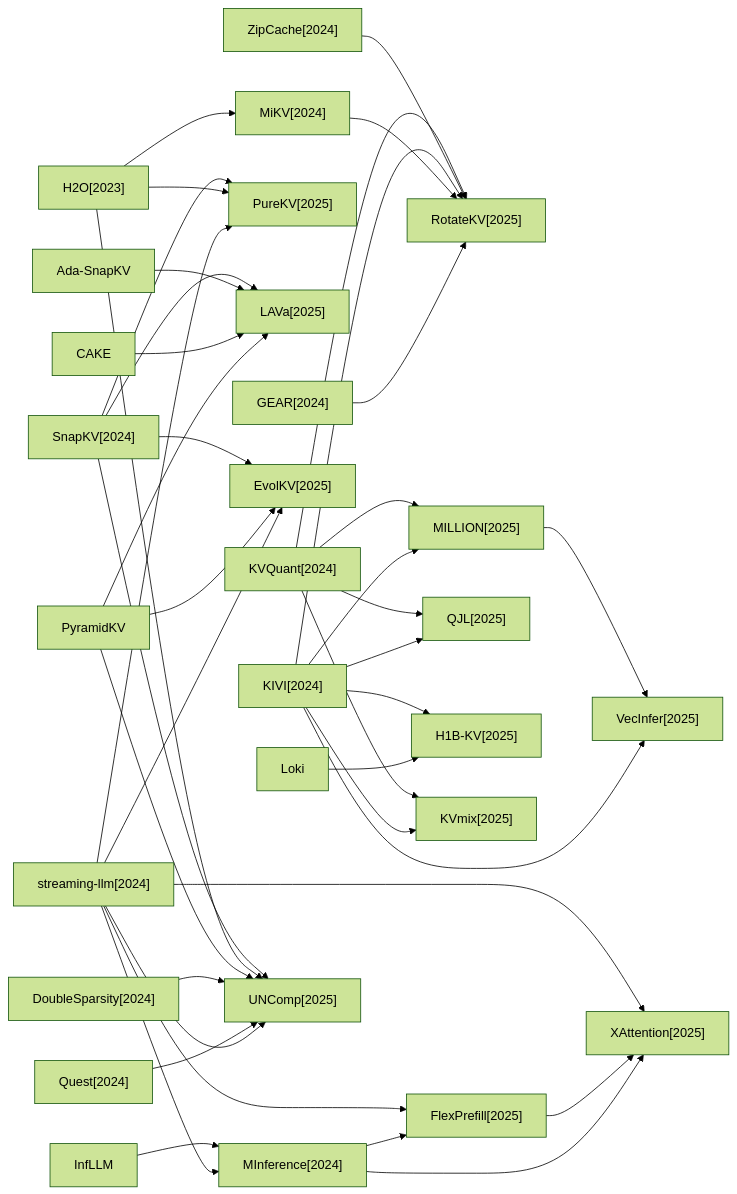
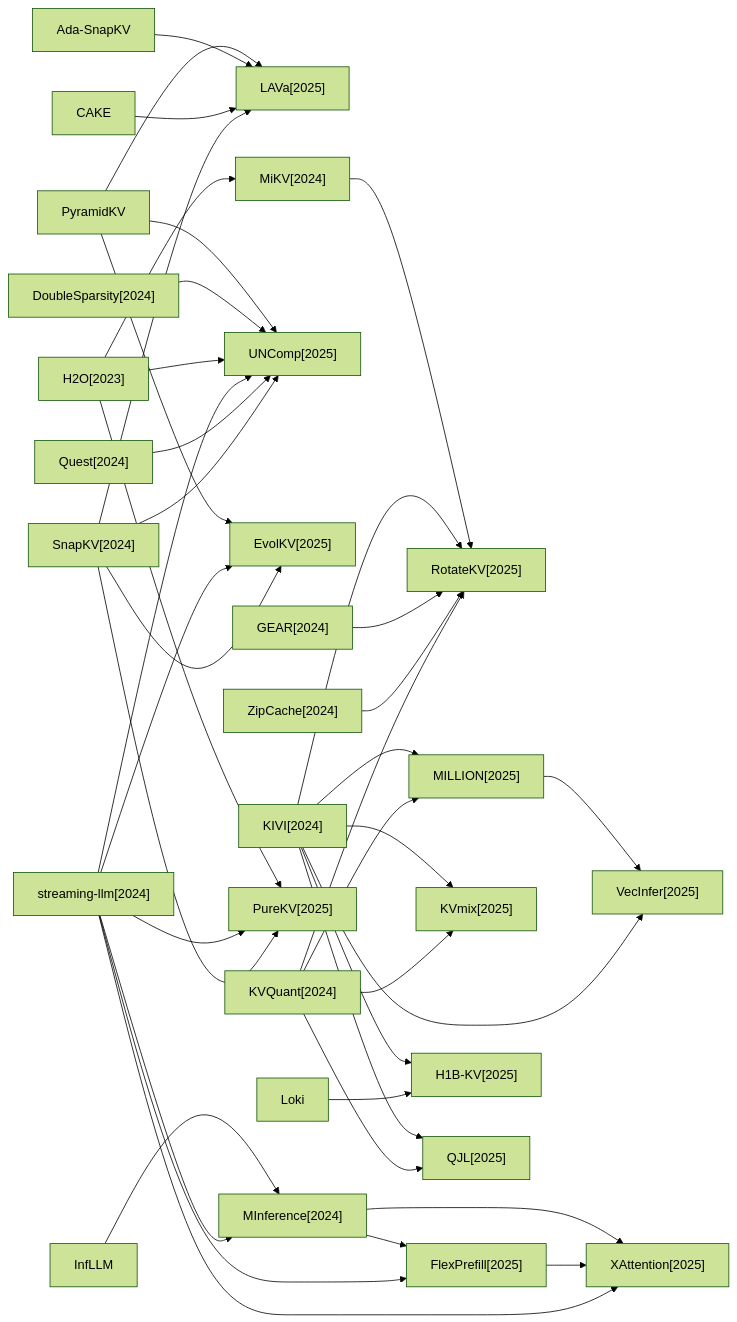
Before and after one commit to hustzxd/EfficientPaper: the fourth of 5 diagrams in docs/baseline_methods_graph.md, drawn with Mermaid (forest theme). The commit also changed other lines of this file and 5 other files, not shown here.

````diff
--- a/docs/baseline_methods_graph.md
+++ b/docs/baseline_methods_graph.md
@@ -57,70 +57,70 @@
 ```mermaid
 flowchart LR
+    2025_RotateKV["RotateKV[2025]"]
+    2025_MILLION["MILLION[2025]"]
+    2025_XAttention["XAttention[2025]"]
+    2025_LAVa["LAVa[2025]"]
+    PyramidKV["PyramidKV"]
+    2025_KVmix["KVmix[2025]"]
+    2024_DoubleSparsity["DoubleSparsity[2024]"]
+    2024_MInference["MInference[2024]"]
+    2025_UNComp["UNComp[2025]"]
+    Ada_SnapKV["Ada-SnapKV"]
+    2023_H2O["H2O[2023]"]
+    InfLLM["InfLLM"]
+    2025_EvolKV["EvolKV[2025]"]
     2025_VecInfer["VecInfer[2025]"]
-    2025_RotateKV["RotateKV[2025]"]
+    CAKE["CAKE"]
+    2025_FlexPrefill["FlexPrefill[2025]"]
+    2024_MiKV["MiKV[2024]"]
+    2025_H1B_KV["H1B-KV[2025]"]
+    2024_KIVI["KIVI[2024]"]
+    2024_streaming_llm["streaming-llm[2024]"]
+    Loki["Loki"]
+    2025_PureKV["PureKV[2025]"]
     2024_GEAR["GEAR[2024]"]
-    2024_MInference["MInference[2024]"]
-    2025_PureKV["PureKV[2025]"]
-    2025_FlexPrefill["FlexPrefill[2025]"]
-    2025_LAVa["LAVa[2025]"]
-    2024_streaming_llm["streaming-llm[2024]"]
     2024_Quest["Quest[2024]"]
-    2024_DoubleSparsity["DoubleSparsity[2024]"]
-    Loki["Loki"]
-    2025_EvolKV["EvolKV[2025]"]
-    InfLLM["InfLLM"]
-    2024_MiKV["MiKV[2024]"]
+    2024_ZipCache["ZipCache[2024]"]
+    2024_SnapKV["SnapKV[2024]"]
+    2024_KVQuant["KVQuant[2024]"]
     2025_QJL["QJL[2025]"]
-    2024_KIVI["KIVI[2024]"]
-    2024_ZipCache["ZipCache[2024]"]
-    2025_H1B_KV["H1B-KV[2025]"]
-    PyramidKV["PyramidKV"]
-    CAKE["CAKE"]
-    Ada_SnapKV["Ada-SnapKV"]
-    2025_XAttention["XAttention[2025]"]
-    2025_KVmix["KVmix[2025]"]
-    2024_KVQuant["KVQuant[2024]"]
-    2023_H2O["H2O[2023]"]
-    2024_SnapKV["SnapKV[2024]"]
-    2025_MILLION["MILLION[2025]"]
-    2025_UNComp["UNComp[2025]"]
-    2024_GEAR --> 2025_RotateKV
+    2025_MILLION --> 2025_VecInfer
+    PyramidKV --> 2025_UNComp
+    PyramidKV --> 2025_EvolKV
+    PyramidKV --> 2025_LAVa
+    2024_DoubleSparsity --> 2025_UNComp
     2024_MInference --> 2025_FlexPrefill
     2024_MInference --> 2025_XAttention
+    Ada_SnapKV --> 2025_LAVa
+    2023_H2O --> 2025_UNComp
+    2023_H2O --> 2025_PureKV
+    2023_H2O --> 2024_MiKV
+    InfLLM --> 2024_MInference
+    CAKE --> 2025_LAVa
     2025_FlexPrefill --> 2025_XAttention
-    2024_streaming_llm --> 2025_UNComp
-    2024_streaming_llm --> 2025_EvolKV
-    2024_streaming_llm --> 2025_FlexPrefill
-    2024_streaming_llm --> 2025_XAttention
-    2024_streaming_llm --> 2025_PureKV
-    2024_streaming_llm --> 2024_MInference
-    2024_Quest --> 2025_UNComp
-    2024_DoubleSparsity --> 2025_UNComp
-    Loki --> 2025_H1B_KV
-    InfLLM --> 2024_MInference
     2024_MiKV --> 2025_RotateKV
     2024_KIVI --> 2025_KVmix
     2024_KIVI --> 2025_MILLION
     2024_KIVI --> 2025_VecInfer
     2024_KIVI --> 2025_QJL
     2024_KIVI --> 2025_H1B_KV
     2024_KIVI --> 2025_RotateKV
+    2024_streaming_llm --> 2025_UNComp
+    2024_streaming_llm --> 2025_EvolKV
+    2024_streaming_llm --> 2025_FlexPrefill
+    2024_streaming_llm --> 2025_XAttention
+    2024_streaming_llm --> 2025_PureKV
+    2024_streaming_llm --> 2024_MInference
+    Loki --> 2025_H1B_KV
+    2024_GEAR --> 2025_RotateKV
+    2024_Quest --> 2025_UNComp
     2024_ZipCache --> 2025_RotateKV
-    PyramidKV --> 2025_UNComp
-    PyramidKV --> 2025_EvolKV
-    PyramidKV --> 2025_LAVa
-    CAKE --> 2025_LAVa
-    Ada_SnapKV --> 2025_LAVa
+    2024_SnapKV --> 2025_UNComp
+    2024_SnapKV --> 2025_EvolKV
+    2024_SnapKV --> 2025_LAVa
+    2024_SnapKV --> 2025_PureKV
     2024_KVQuant --> 2025_KVmix
     2024_KVQuant --> 2025_MILLION
     2024_KVQuant --> 2025_QJL
     2024_KVQuant --> 2025_RotateKV
-    2023_H2O --> 2025_UNComp
-    2023_H2O --> 2025_PureKV
-    2023_H2O --> 2024_MiKV
-    2024_SnapKV --> 2025_UNComp
-    2024_SnapKV --> 2025_EvolKV
-    2024_SnapKV --> 2025_LAVa
-    2024_SnapKV --> 2025_PureKV
-    2025_MILLION --> 2025_VecInfer
 ```
````
